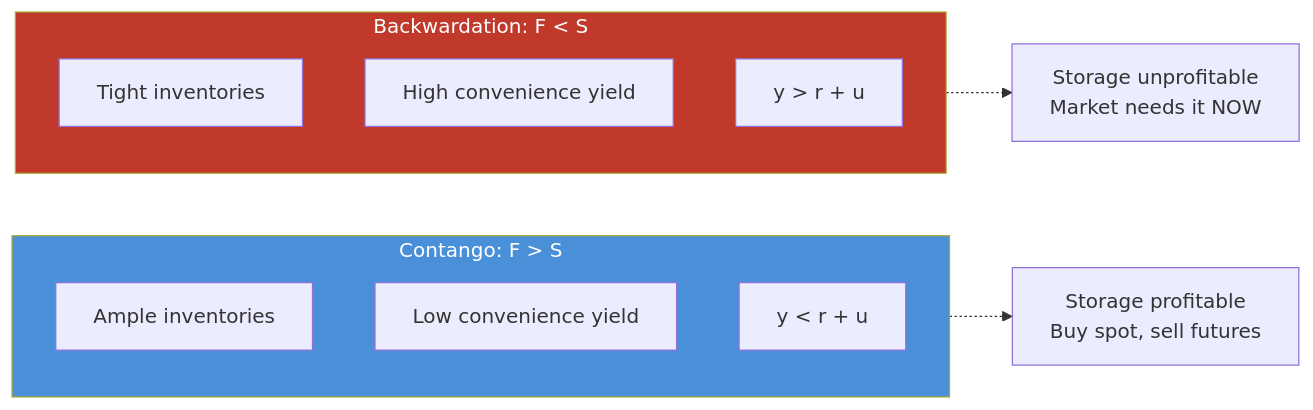
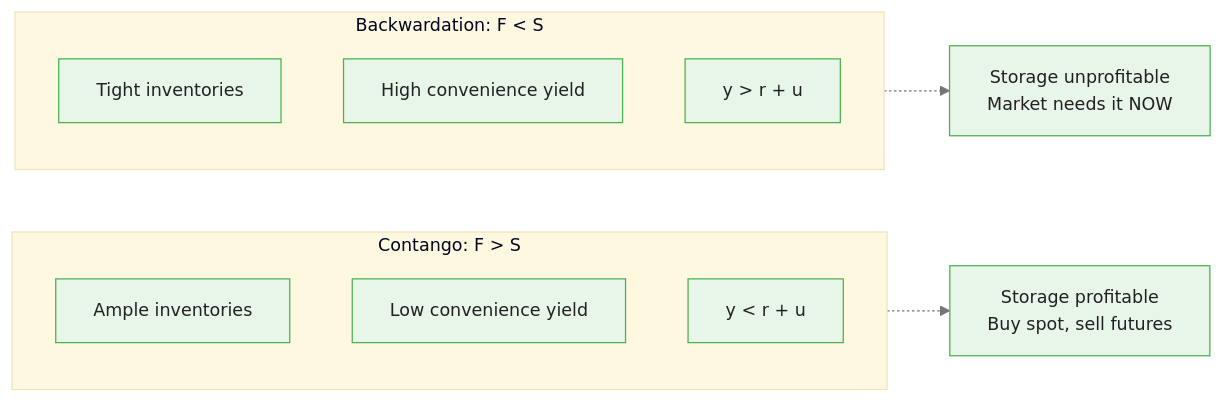
The first of 3 diagrams in courses/bayesian-commodity-forecasting/modules/module_08_fundamentals_integration/guides/01_storage_theory_slides.md (m-deane/course-creator), drawn with Mermaid before and after one commit. The commit also changed other lines of this file and 104 other files, not shown here.

````diff
--- a/courses/bayesian-commodity-forecasting/modules/module_08_fundamentals_integration/guides/01_storage_theory_slides.md
+++ b/courses/bayesian-commodity-forecasting/modules/module_08_fundamentals_integration/guides/01_storage_theory_slides.md
@@ -46,17 +54,16 @@
 ```mermaid
+%%{init: {"theme": "base", "themeVariables": {"primaryColor": "#e8f5e9", "primaryBorderColor": "#4caf50", "primaryTextColor": "#212121", "secondaryColor": "#e3f2fd", "tertiaryColor": "#fff8e1", "lineColor": "#757575", "fontFamily": "Inter, sans-serif", "fontSize": "14px"}}}%%
 flowchart LR
     subgraph Contango["Contango: F > S"]
         C1["Ample inventories"]
         C2["Low convenience yield"]
         C3["y < r + u"]
     end
     subgraph Backwardation["Backwardation: F < S"]
         B1["Tight inventories"]
         B2["High convenience yield"]
         B3["y > r + u"]
     end
     Contango -.-> CT["Storage profitable\nBuy spot, sell futures"]
     Backwardation -.-> BT["Storage unprofitable\nMarket needs it NOW"]
-    style Contango fill:#4a90d9,color:#fff
-    style Backwardation fill:#c0392b,color:#fff
 ```
````
